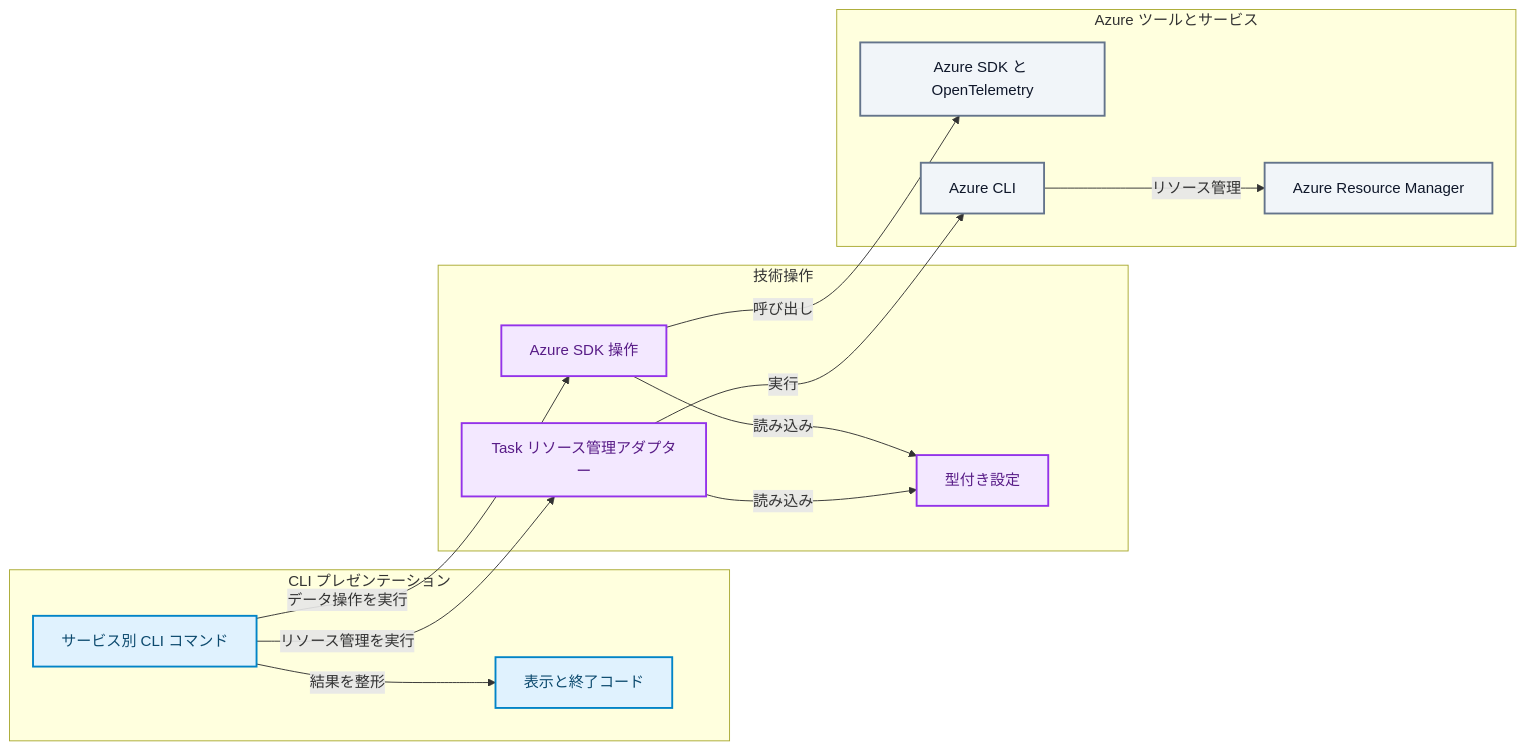
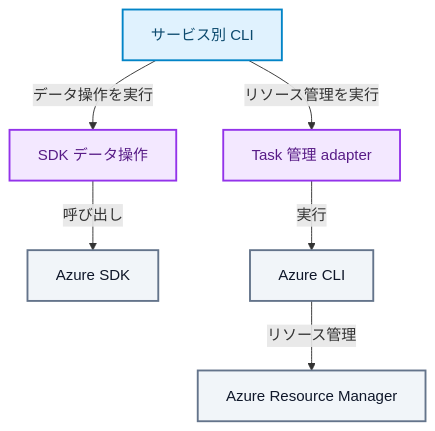
One commit to ks6088ts-labs/template-azure-python changed the second of 3 diagrams in docs/architecture/index.ja.md. Above: the diagram before and after it, drawn with Mermaid. The commit also changed other lines of this file and 9 other files, not shown here.

````diff
--- a/docs/architecture/index.ja.md
+++ b/docs/architecture/index.ja.md
@@ -111,35 +122,22 @@
 ```mermaid
-flowchart LR
-    subgraph CliPresentation["CLI プレゼンテーション"]
-        cli["サービス別 CLI コマンド"]
-        output["表示と終了コード"]
-    end
+flowchart TD
+    cli["サービス別 CLI"]
+    operations["SDK データ操作"]
+    admin["Task 管理 adapter"]
+    sdk["Azure SDK"]
+    az["Azure CLI"]
+    arm["Azure Resource Manager"]
 
-    subgraph CliOperations["技術操作"]
-        operations["Azure SDK 操作"]
-        admin["Task リソース管理アダプター"]
-        cliSettings["型付き設定"]
-    end
-
-    subgraph CliExternal["Azure ツールとサービス"]
-        sdk["Azure SDK と OpenTelemetry"]
-        az["Azure CLI"]
-        arm["Azure Resource Manager"]
-    end
-
-    cli -->|"結果を整形"| output
     cli -->|"データ操作を実行"| operations
     cli -->|"リソース管理を実行"| admin
-    operations -->|"読み込み"| cliSettings
-    admin -->|"読み込み"| cliSettings
     operations -->|"呼び出し"| sdk
     admin -->|"実行"| az
     az -->|"リソース管理"| arm
 
     classDef cliEntry fill:#E0F2FE,stroke:#0284C7,color:#0C4A6E,stroke-width:2px
     classDef cliAdapter fill:#F3E8FF,stroke:#9333EA,color:#581C87,stroke-width:2px
     classDef cliExternalNode fill:#F1F5F9,stroke:#64748B,color:#0F172A,stroke-width:2px
-    class cli,output cliEntry
-    class operations,admin,cliSettings cliAdapter
+    class cli cliEntry
+    class operations,admin cliAdapter
     class sdk,az,arm cliExternalNode
 ```
````
